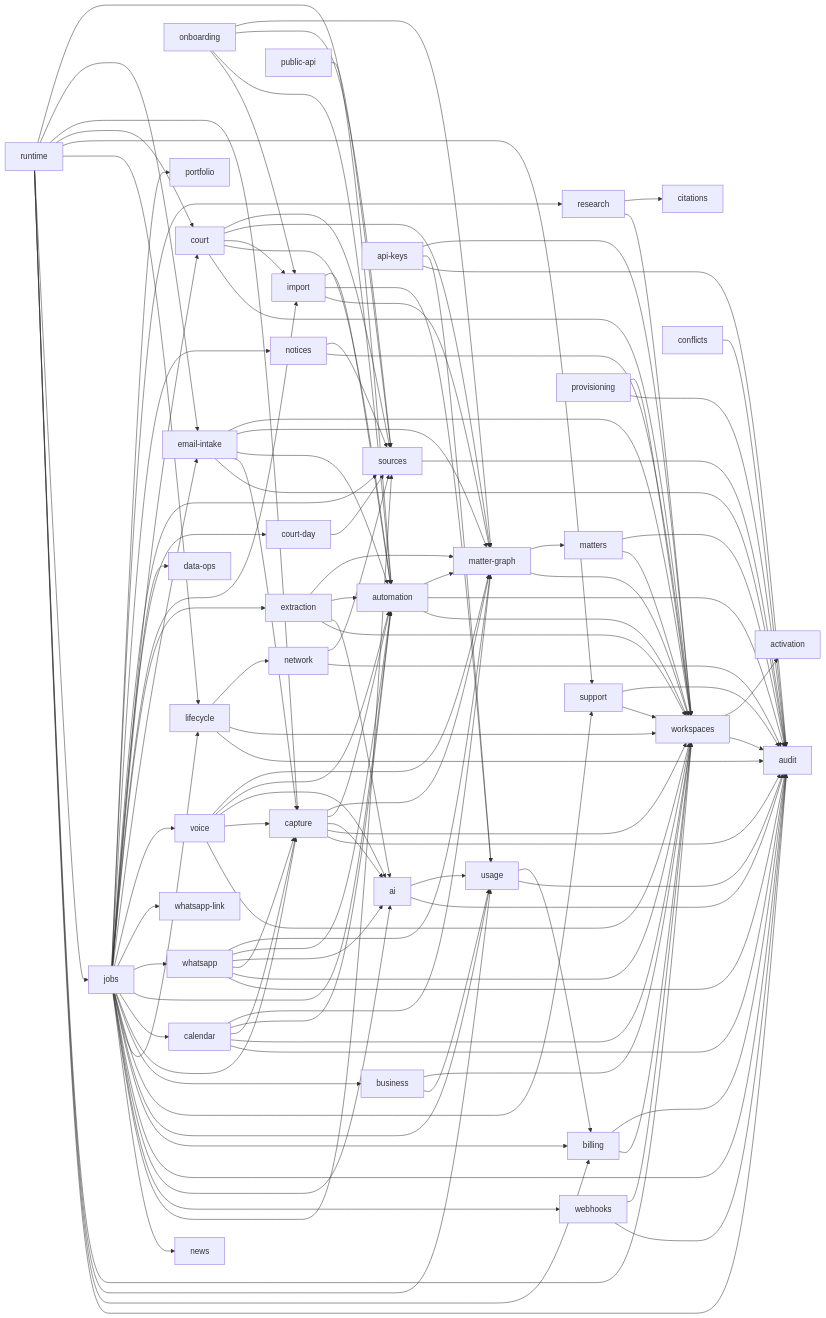
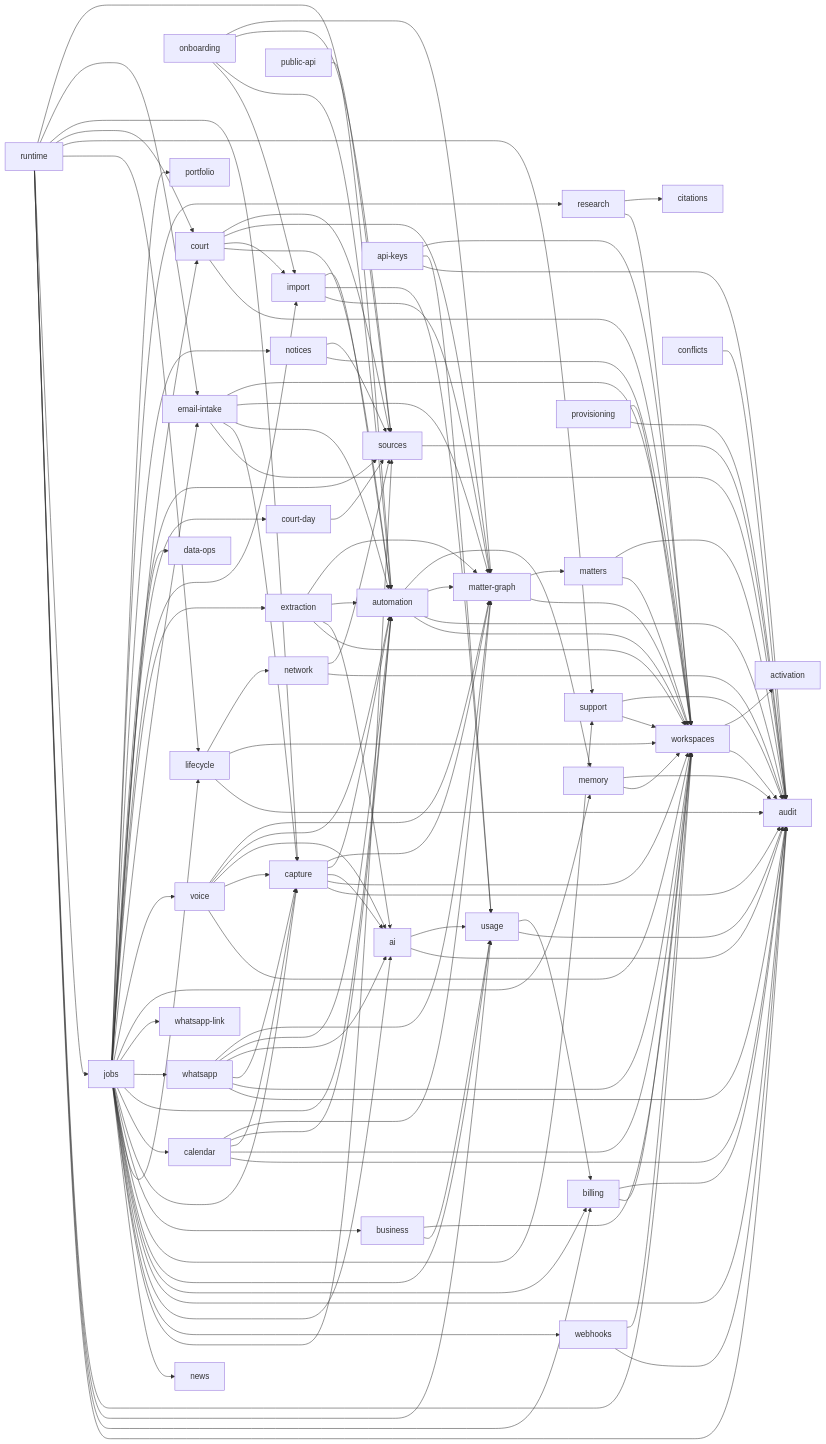
The diagram in docs/engineering/core-domains.md (RapierCraftStudios/causedeck), drawn with Mermaid before and after one commit. The commit also changed other lines of this file and 37 other files, not shown here.

```diff
--- a/docs/engineering/core-domains.md
+++ b/docs/engineering/core-domains.md
@@ -93,6 +94,8 @@
   workspaces --> activation
   matters --> workspaces
   matters --> audit
+  memory --> workspaces
+  memory --> audit
   court --> workspaces
   court --> automation
   court --> import
@@ -104,6 +107,7 @@
   automation --> workspaces
   automation --> audit
   automation --> matter-graph
+  automation --> memory
   onboarding --> import
   onboarding --> automation
   onboarding --> sources
@@ -155,6 +159,7 @@
   jobs --> automation
   jobs --> whatsapp
   jobs --> whatsapp-link
+  jobs --> memory
   jobs --> voice
   jobs --> email-intake
   jobs --> extraction
```
